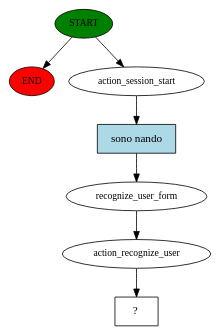
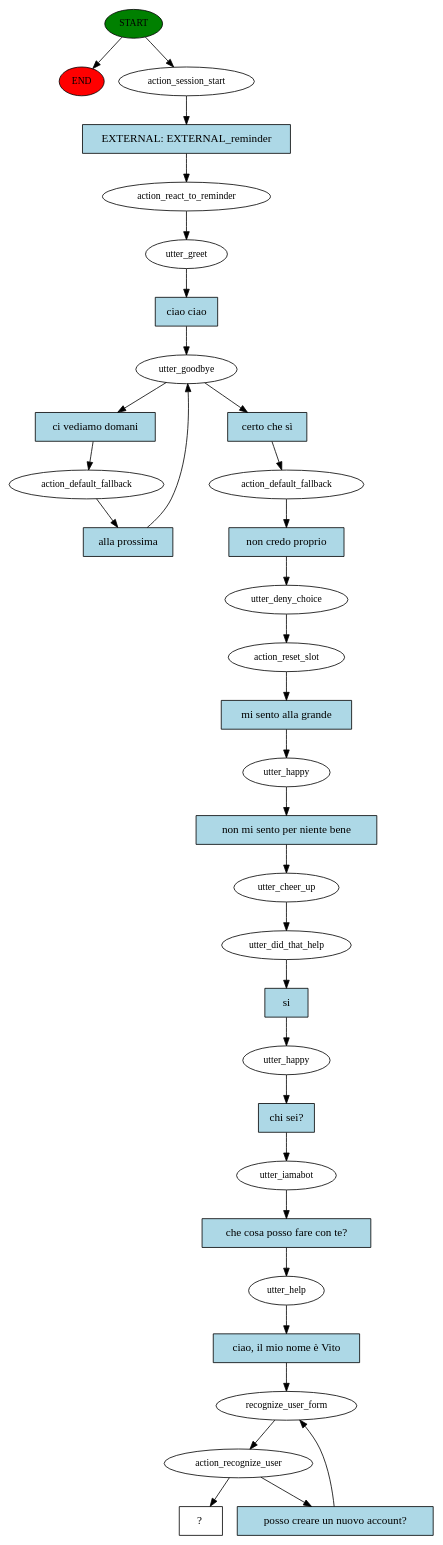
Before and after one commit to CamillaSpi/AI-To-Do-Assistant-Robot: the diagram in src/rasa_ros/Cogrob_rasa_midterm/story_graph.dot, drawn with Graphviz. The commit also changed 2 other files, not shown here.

```diff
--- a/src/rasa_ros/Cogrob_rasa_midterm/story_graph.dot
+++ b/src/rasa_ros/Cogrob_rasa_midterm/story_graph.dot
@@ -1,15 +1,67 @@
 digraph  {
 0 [class="start active", fillcolor=green, fontsize=12, label=START, style=filled];
 "-1" [class=end, fillcolor=red, fontsize=12, label=END, style=filled];
 1 [class=active, fontsize=12, label=action_session_start];
-2 [class=active, fontsize=12, label=recognize_user_form];
-3 [class=active, fontsize=12, label=action_recognize_user];
-4 [class="intent dashed active", label="  ?  ", shape=rect];
-5 [class="intent active", fillcolor=lightblue, label="sono nando", shape=rect, style=filled];
+2 [class=active, fontsize=12, label=action_react_to_reminder];
+3 [class=active, fontsize=12, label=utter_greet];
+4 [class=active, fontsize=12, label=utter_goodbye];
+5 [class=active, fontsize=12, label=action_default_fallback];
+7 [class=active, fontsize=12, label=action_default_fallback];
+8 [class=active, fontsize=12, label=utter_deny_choice];
+9 [class=active, fontsize=12, label=action_reset_slot];
+10 [class=active, fontsize=12, label=utter_happy];
+11 [class=active, fontsize=12, label=utter_cheer_up];
+12 [class=active, fontsize=12, label=utter_did_that_help];
+13 [class=active, fontsize=12, label=utter_happy];
+14 [class=active, fontsize=12, label=utter_iamabot];
+15 [class=active, fontsize=12, label=utter_help];
+16 [class=active, fontsize=12, label=recognize_user_form];
+17 [class=active, fontsize=12, label=action_recognize_user];
+20 [class="intent dashed active", label="  ?  ", shape=rect];
+21 [class="intent active", fillcolor=lightblue, label="EXTERNAL: EXTERNAL_reminder", shape=rect, style=filled];
+22 [class="intent active", fillcolor=lightblue, label="ciao ciao", shape=rect, style=filled];
+23 [class="intent active", fillcolor=lightblue, label="ci vediamo domani", shape=rect, style=filled];
+24 [class="intent active", fillcolor=lightblue, label="certo che sì", shape=rect, style=filled];
+25 [class="intent active", fillcolor=lightblue, label="alla prossima", shape=rect, style=filled];
+26 [class="intent active", fillcolor=lightblue, label="non credo proprio", shape=rect, style=filled];
+27 [class="intent active", fillcolor=lightblue, label="mi sento alla grande", shape=rect, style=filled];
+28 [class="intent active", fillcolor=lightblue, label="non mi sento per niente bene", shape=rect, style=filled];
+29 [class="intent active", fillcolor=lightblue, label=si, shape=rect, style=filled];
+30 [class="intent active", fillcolor=lightblue, label="chi sei?", shape=rect, style=filled];
+31 [class="intent active", fillcolor=lightblue, label="che cosa posso fare con te?", shape=rect, style=filled];
+32 [class="intent active", fillcolor=lightblue, label="ciao, il mio nome è Vito", shape=rect, style=filled];
+33 [class="intent active", fillcolor=lightblue, label="posso creare un nuovo account?", shape=rect, style=filled];
 0 -> "-1"  [class="", key=NONE, label=""];
 0 -> 1  [class=active, key=NONE, label=""];
-1 -> 5  [class=active, key=0];
+1 -> 21  [class=active, key=0];
 2 -> 3  [class=active, key=NONE, label=""];
-3 -> 4  [class=active, key=NONE, label=""];
-5 -> 2  [class=active, key=0];
+3 -> 22  [class=active, key=0];
+4 -> 23  [class=active, key=0];
+4 -> 24  [class=active, key=0];
+5 -> 25  [class=active, key=0];
+7 -> 26  [class=active, key=0];
+8 -> 9  [class=active, key=NONE, label=""];
+9 -> 27  [class=active, key=0];
+10 -> 28  [class=active, key=0];
+11 -> 12  [class=active, key=NONE, label=""];
+12 -> 29  [class=active, key=0];
+13 -> 30  [class=active, key=0];
+14 -> 31  [class=active, key=0];
+15 -> 32  [class=active, key=0];
+16 -> 17  [class=active, key=NONE, label=""];
+17 -> 20  [class=active, key=NONE, label=""];
+17 -> 33  [class=active, key=0];
+21 -> 2  [class=active, key=0];
+22 -> 4  [class=active, key=0];
+23 -> 5  [class=active, key=0];
+24 -> 7  [class=active, key=0];
+25 -> 4  [class=active, key=0];
+26 -> 8  [class=active, key=0];
+27 -> 10  [class=active, key=0];
+28 -> 11  [class=active, key=0];
+29 -> 13  [class=active, key=0];
+30 -> 14  [class=active, key=0];
+31 -> 15  [class=active, key=0];
+32 -> 16  [class=active, key=0];
+33 -> 16  [class=active, key=0];
 }
```
